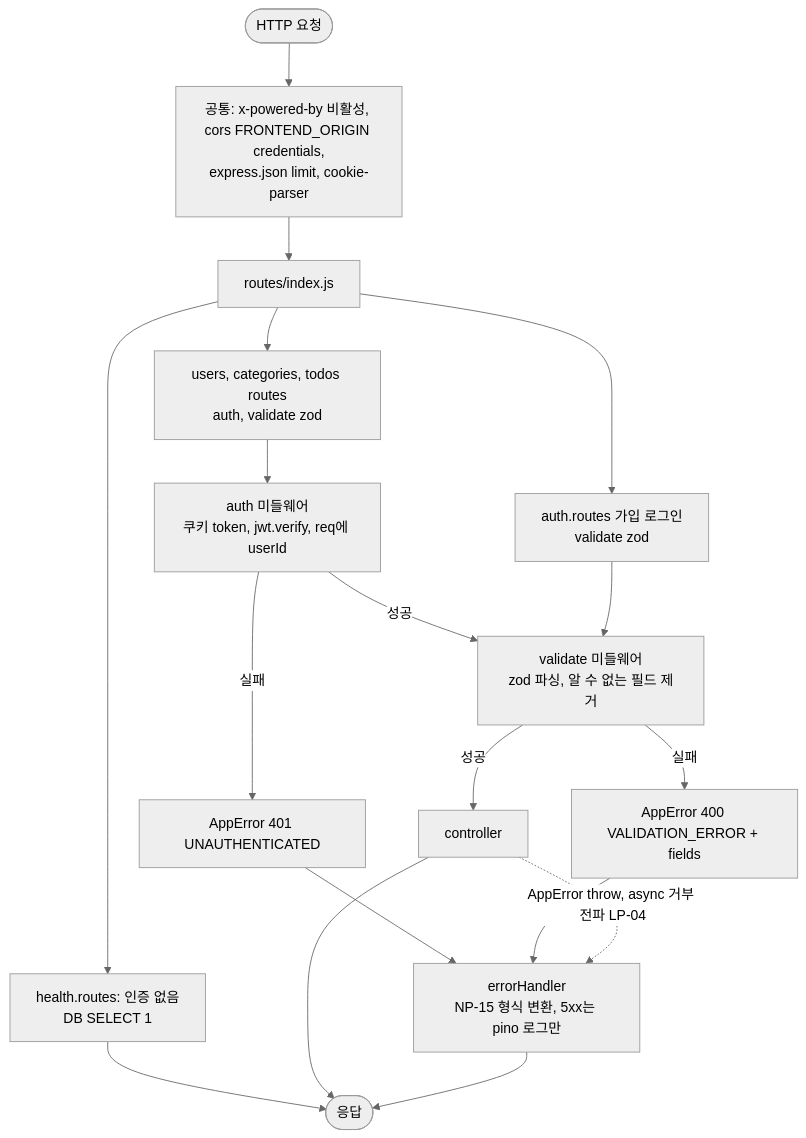
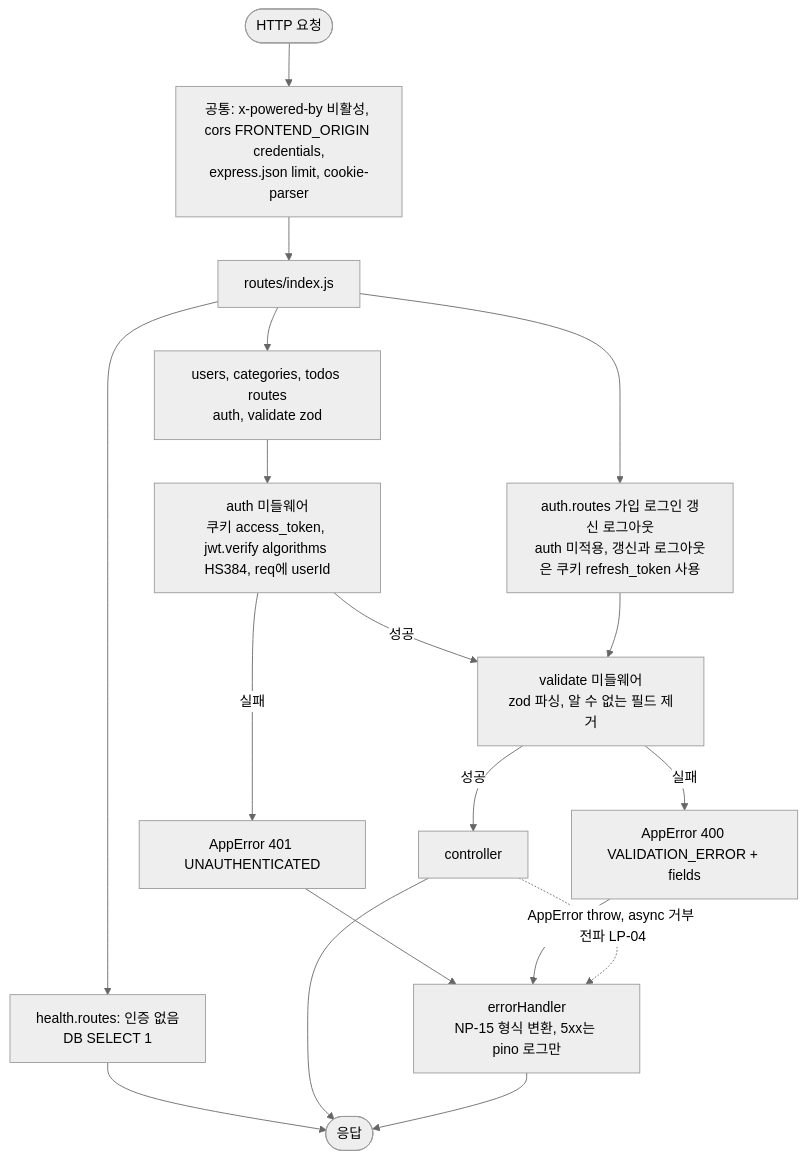
Before and after one commit to wjdxo513/todolist-app: the fourth of 14 diagrams in docs/6-arch-diagram.md, drawn with Mermaid (neutral theme). The commit also changed other lines of this file and 7 other files, not shown here.

First line of the commit message:
docs: 실행 계획 추가, JWT HS384·Refresh Token 적용, 문서 간 불일치 정리

````diff
--- a/docs/6-arch-diagram.md
+++ b/docs/6-arch-diagram.md
@@ -188,20 +199,20 @@
 ```mermaid
 flowchart TD
     REQ(["HTTP 요청"]) --> BASE["공통: x-powered-by 비활성, cors FRONTEND_ORIGIN credentials,<br/>express.json limit, cookie-parser"]
     BASE --> ROUTER["routes/index.js"]
     ROUTER --> HEALTH["health.routes: 인증 없음<br/>DB SELECT 1"]
-    ROUTER --> PUBLIC["auth.routes 가입 로그인<br/>validate zod"]
+    ROUTER --> PUBLIC["auth.routes 가입 로그인 갱신 로그아웃<br/>auth 미적용, 갱신과 로그아웃은 쿠키 refresh_token 사용"]
     ROUTER --> PROTECTED["users, categories, todos routes<br/>auth, validate zod"]
-    PROTECTED --> AUTH["auth 미들웨어<br/>쿠키 token, jwt.verify, req에 userId"]
+    PROTECTED --> AUTH["auth 미들웨어<br/>쿠키 access_token, jwt.verify algorithms HS384, req에 userId"]
     AUTH -->|"실패"| E401["AppError 401 UNAUTHENTICATED"]
     AUTH -->|"성공"| VALIDATE["validate 미들웨어<br/>zod 파싱, 알 수 없는 필드 제거"]
     PUBLIC --> VALIDATE
     VALIDATE -->|"실패"| E400["AppError 400 VALIDATION_ERROR + fields"]
     VALIDATE -->|"성공"| CTRL["controller"]
     HEALTH --> RES(["응답"])
     CTRL --> RES
     E401 --> EH
     E400 --> EH
     CTRL -.->|"AppError throw, async 거부 전파 LP-04"| EH["errorHandler<br/>NP-15 형식 변환, 5xx는 pino 로그만"]
     EH --> RES
 ```
````
